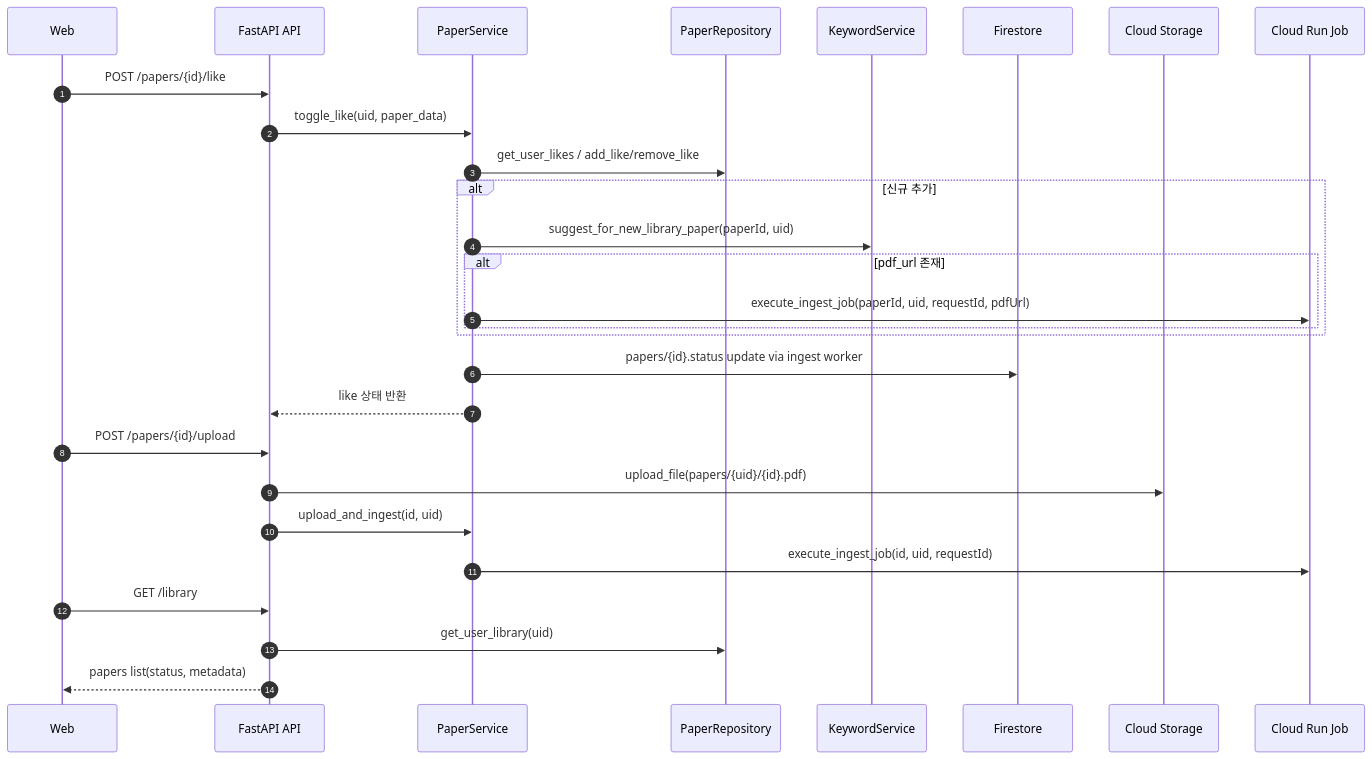
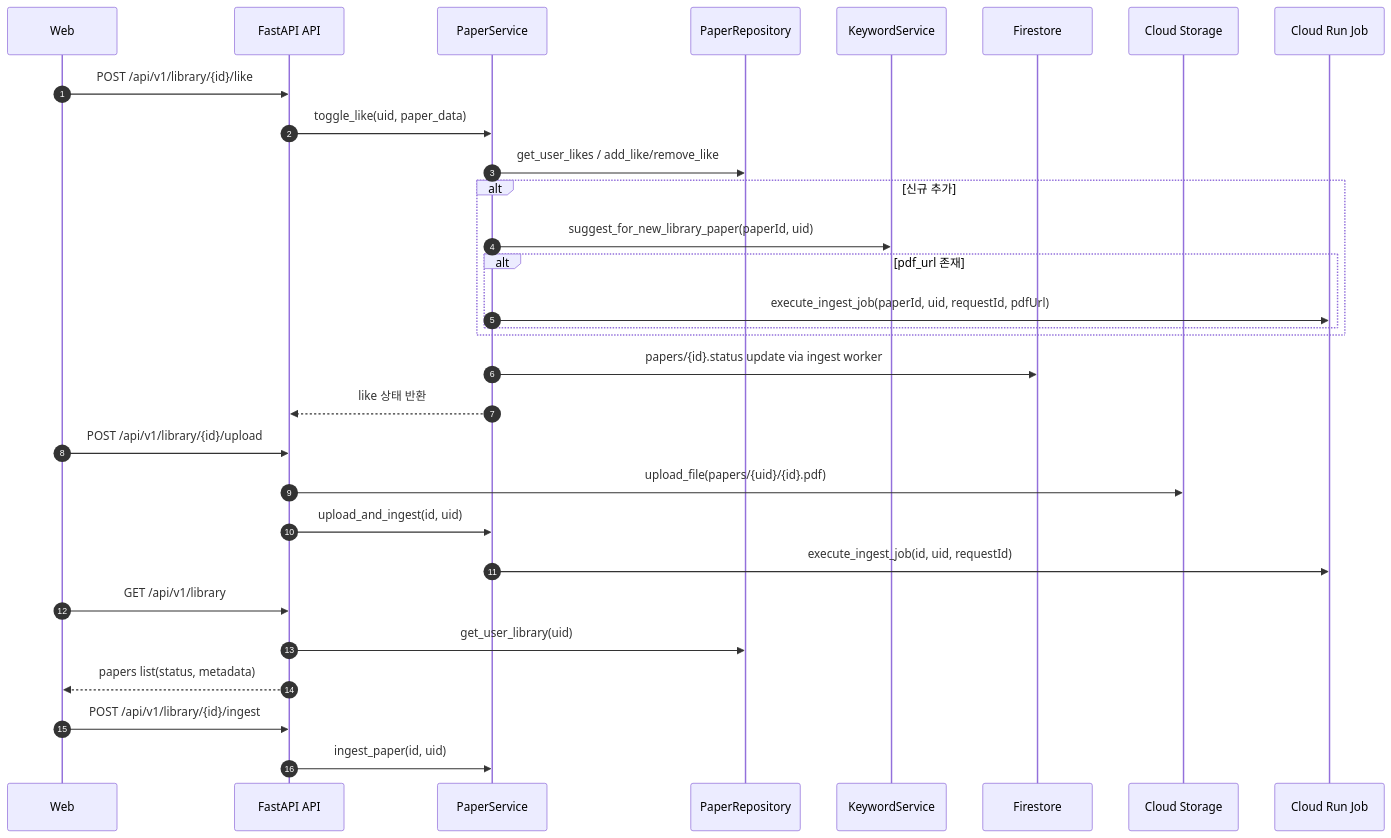
One commit to hwacho9/ai-paper changed the sixth of 15 diagrams in 프로젝트_서비스_구조_및_도메인별_기능서.md. Above: the diagram before and after it, drawn with Mermaid. The commit also changed other lines of this file and 1 other file, not shown here.

First line of the commit message:
feat: Add comprehensive documentation for AI Paper project architecture and domain logic

````diff
--- a/프로젝트_서비스_구조_및_도메인별_기능서.md
+++ b/프로젝트_서비스_구조_및_도메인별_기능서.md
@@ -482,32 +414,34 @@
 ```mermaid
 sequenceDiagram
   autonumber
   participant W as Web
   participant API as FastAPI API
   participant PS as PaperService
   participant PR as PaperRepository
   participant KR as KeywordService
   participant FS as Firestore
   participant GCS as Cloud Storage
   participant CR as Cloud Run Job
 
-  W->>API: POST /papers/{id}/like
+  W->>API: POST /api/v1/library/{id}/like
   API->>PS: toggle_like(uid, paper_data)
   PS->>PR: get_user_likes / add_like/remove_like
   alt 신규 추가
     PS->>KR: suggest_for_new_library_paper(paperId, uid)
     alt pdf_url 존재
       PS->>CR: execute_ingest_job(paperId, uid, requestId, pdfUrl)
     end
   end
   PS->>FS: papers/{id}.status update via ingest worker
   PS-->>API: like 상태 반환
 
-  W->>API: POST /papers/{id}/upload
+  W->>API: POST /api/v1/library/{id}/upload
   API->>GCS: upload_file(papers/{uid}/{id}.pdf)
   API->>PS: upload_and_ingest(id, uid)
   PS->>CR: execute_ingest_job(id, uid, requestId)
-  W->>API: GET /library
+  W->>API: GET /api/v1/library
   API->>PR: get_user_library(uid)
   API-->>W: papers list(status, metadata)
+  W->>API: POST /api/v1/library/{id}/ingest
+  API->>PS: ingest_paper(id, uid)
 ```
````
